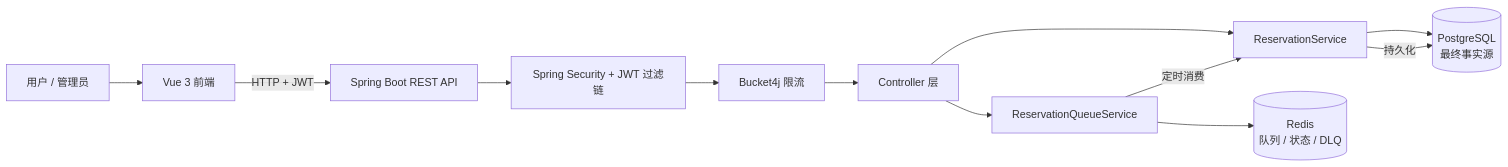
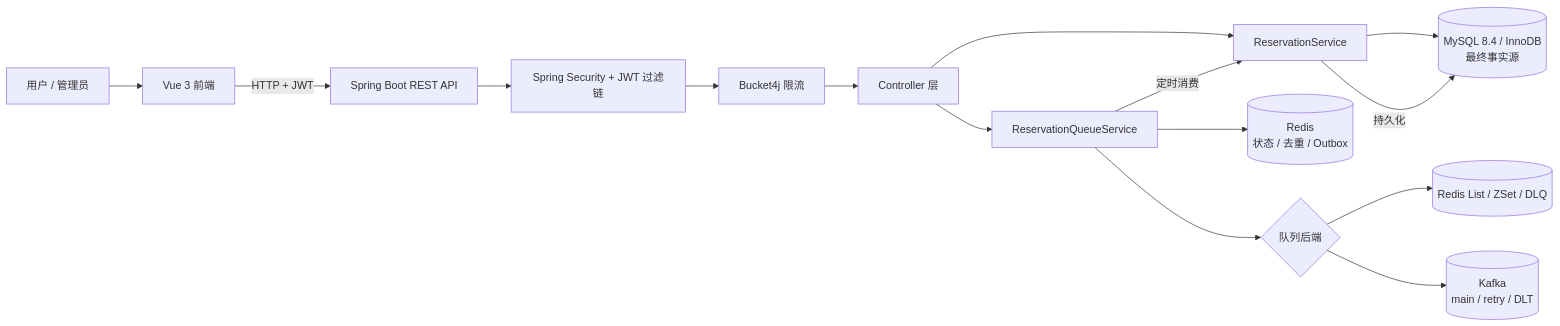
One commit to Ketizu-sys/lab-resource-reservation changed the diagram in README.md. Above: the diagram before and after it, drawn with Mermaid. The commit also changed other lines of this file and 35 other files, not shown here.

Commit message:
feat: migrate to MySQL and add optional Kafka queue backend

````diff
--- a/README.md
+++ b/README.md
@@ -73,18 +74,21 @@
 ```mermaid
 flowchart LR
     U[用户 / 管理员] --> F[Vue 3 前端]
     F -->|HTTP + JWT| API[Spring Boot REST API]
 
     API --> SEC[Spring Security + JWT 过滤链]
     SEC --> RL[Bucket4j 限流]
     RL --> CTRL[Controller 层]
 
     CTRL --> SVC[ReservationService]
     CTRL --> Q[ReservationQueueService]
 
-    SVC --> DB[(PostgreSQL<br/>最终事实源)]
-    Q --> REDIS[(Redis<br/>队列 / 状态 / DLQ)]
+    SVC --> DB[(MySQL 8.4 / InnoDB<br/>最终事实源)]
+    Q --> REDIS[(Redis<br/>状态 / 去重 / Outbox)]
+    Q --> MQ{队列后端}
+    MQ --> RQ[(Redis List / ZSet / DLQ)]
+    MQ --> KAFKA[(Kafka<br/>main / retry / DLT)]
 
     Q -->|定时消费| SVC
     SVC -->|持久化| DB
 ```
````
